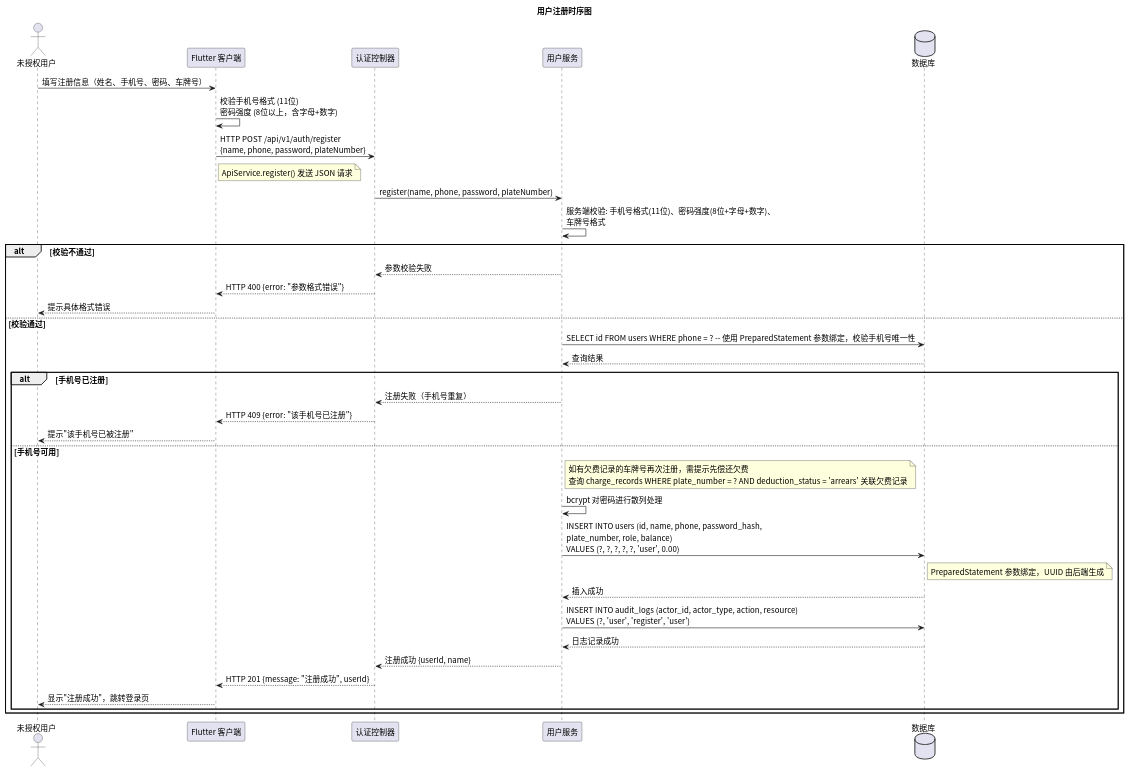
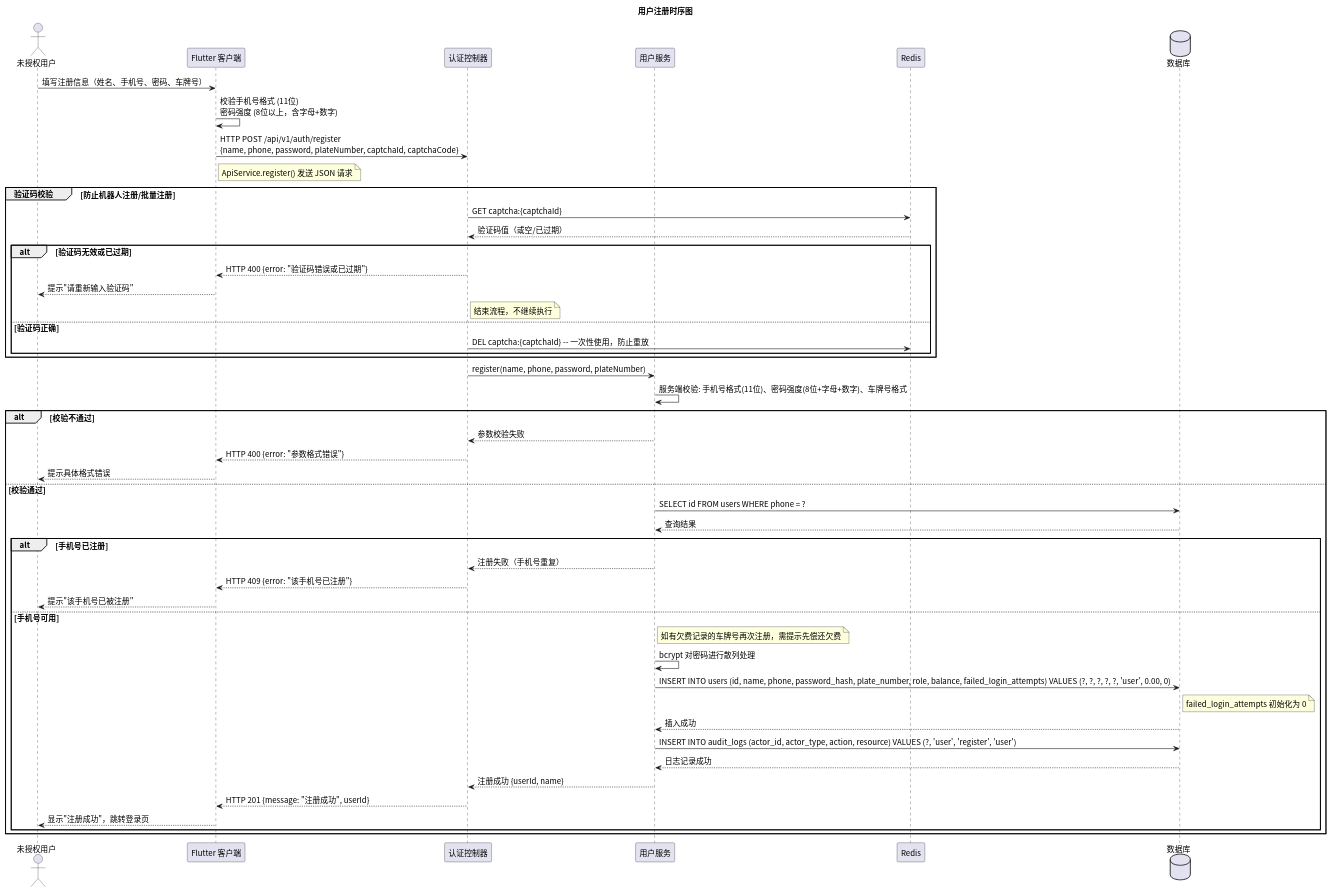
The diagram in time/src/sequence_register.puml (greenhandzdl/charging-station-doc), drawn with PlantUML before and after one commit. The commit also changed 12 other files, not shown here.

```diff
--- a/time/src/sequence_register.puml
+++ b/time/src/sequence_register.puml
@@ -1,50 +1,60 @@
 @startuml
 skinparam defaultFontName "Noto Sans CJK SC"
 skinparam defaultFontSize 14
 title 用户注册时序图
 
 ' 所有 SQL 操作使用 PreparedStatement 参数绑定，禁止字符串拼接
 actor 未授权用户 as U
 participant "Flutter 客户端" as FE
 participant "认证控制器" as Ctrl
 participant "用户服务" as US
+participant "Redis" as Cache
 database 数据库 as DB
 
 U -> FE: 填写注册信息（姓名、手机号、密码、车牌号）
 FE -> FE: 校验手机号格式 (11位)\n密码强度 (8位以上，含字母+数字)
-FE -> Ctrl: HTTP POST /api/v1/auth/register\n{name, phone, password, plateNumber}
+FE -> Ctrl: HTTP POST /api/v1/auth/register\n{name, phone, password, plateNumber, captchaId, captchaCode}
 note right FE : ApiService.register() 发送 JSON 请求
 
+group 验证码校验 [防止机器人注册/批量注册]
+  Ctrl -> Cache: GET captcha:{captchaId}
+  Cache --> Ctrl: 验证码值（或空/已过期）
+
+  alt 验证码无效或已过期
+    Ctrl --> FE: HTTP 400 {error: "验证码错误或已过期"}
+    FE --> U: 提示"请重新输入验证码"
+    note right Ctrl : 结束流程，不继续执行
+  else 验证码正确
+    Ctrl -> Cache: DEL captcha:{captchaId} -- 一次性使用，防止重放
+  end
+end
+
 Ctrl -> US: register(name, phone, password, plateNumber)
-
-US -> US: 服务端校验: 手机号格式(11位)、密码强度(8位+字母+数字)、\n车牌号格式
+US -> US: 服务端校验: 手机号格式(11位)、密码强度(8位+字母+数字)、车牌号格式
 
 alt 校验不通过
   US --> Ctrl: 参数校验失败
   Ctrl --> FE: HTTP 400 {error: "参数格式错误"}
   FE --> U: 提示具体格式错误
 else 校验通过
+  US -> DB: SELECT id FROM users WHERE phone = ?
+  DB --> US: 查询结果
 
-  US -> DB: SELECT id FROM users WHERE phone = ? -- 使用 PreparedStatement 参数绑定，校验手机号唯一性
-DB --> US: 查询结果
-
-alt 手机号已注册
-  US --> Ctrl: 注册失败（手机号重复）
-  Ctrl --> FE: HTTP 409 {error: "该手机号已注册"}
-  FE --> U: 提示"该手机号已被注册"
-else 手机号可用
-  note right US : 如有欠费记录的车牌号再次注册，需提示先偿还欠费\n查询 charge_records WHERE plate_number = ? AND deduction_status = 'arrears' 关联欠费记录
-  US -> US: bcrypt 对密码进行散列处理
-  US -> DB: INSERT INTO users (id, name, phone, password_hash,\nplate_number, role, balance)\nVALUES (?, ?, ?, ?, ?, 'user', 0.00)
-  note right DB : PreparedStatement 参数绑定，UUID 由后端生成
-  DB --> US: 插入成功
-
-  US -> DB: INSERT INTO audit_logs (actor_id, actor_type, action, resource)\nVALUES (?, 'user', 'register', 'user')
-  DB --> US: 日志记录成功
-
-  US --> Ctrl: 注册成功 {userId, name}
-  Ctrl --> FE: HTTP 201 {message: "注册成功", userId}
-  FE --> U: 显示"注册成功"，跳转登录页
+  alt 手机号已注册
+    US --> Ctrl: 注册失败（手机号重复）
+    Ctrl --> FE: HTTP 409 {error: "该手机号已注册"}
+    FE --> U: 提示"该手机号已被注册"
+  else 手机号可用
+    note right US : 如有欠费记录的车牌号再次注册，需提示先偿还欠费
+    US -> US: bcrypt 对密码进行散列处理
+    US -> DB: INSERT INTO users (id, name, phone, password_hash, plate_number, role, balance, failed_login_attempts) VALUES (?, ?, ?, ?, ?, 'user', 0.00, 0)
+    note right DB : failed_login_attempts 初始化为 0
+    DB --> US: 插入成功
+    US -> DB: INSERT INTO audit_logs (actor_id, actor_type, action, resource) VALUES (?, 'user', 'register', 'user')
+    DB --> US: 日志记录成功
+    US --> Ctrl: 注册成功 {userId, name}
+    Ctrl --> FE: HTTP 201 {message: "注册成功", userId}
+    FE --> U: 显示"注册成功"，跳转登录页
   end
 end
 @enduml
```
